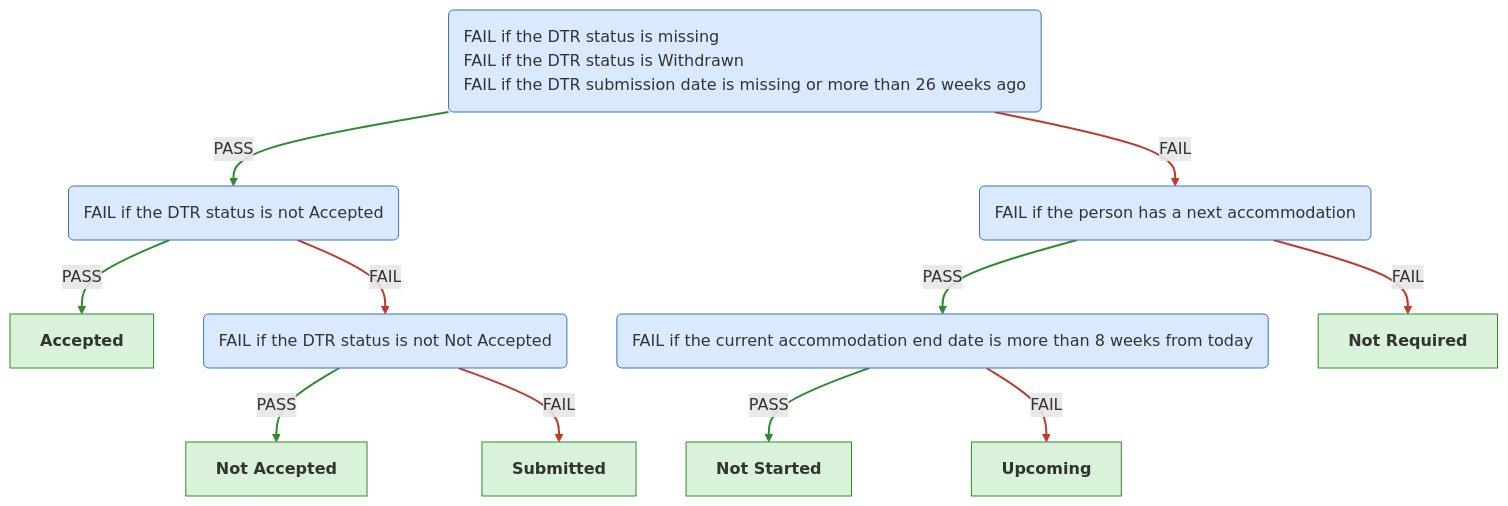
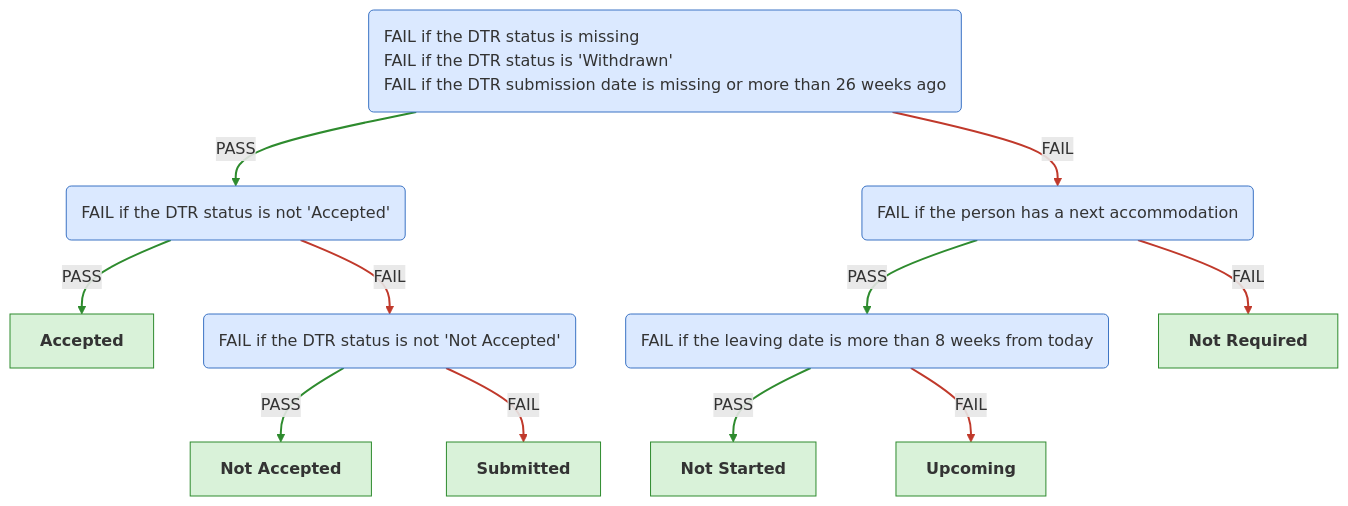
Before and after one commit to ministryofjustice/hmpps-single-accommodation-service-api: the fifth of 6 diagrams in docs/eligibility-rules-graph.md, drawn with Mermaid. The commit also changed other lines of this file and 260 other files, not shown here.

Commit message:
chore/SAS-1544-Review-FAIL-and-PASS-text-and-file-naming-for-rules-engine

````diff
--- a/docs/eligibility-rules-graph.md
+++ b/docs/eligibility-rules-graph.md
@@ -709,34 +709,34 @@
 ```mermaid
 %%{init: {"flowchart": {"wrappingWidth": 800}}}%%
 flowchart TD
-  PASS_if_the_DTR_status_is_present_and_not_Withdrawn__and_the_DTR_was_submitted_in_the_last_26_weeks("<div style='text-align:left'>FAIL if the DTR status is missing
-FAIL if the DTR status is Withdrawn
+  PASS_if_the_DTR_is_relevant("<div style='text-align:left'>FAIL if the DTR status is missing
+FAIL if the DTR status is 'Withdrawn'
 FAIL if the DTR submission date is missing or more than 26 weeks ago</div>")
-  PASS_if_the_DTR_status_is_Accepted("<div style='text-align:left'>FAIL if the DTR status is not Accepted</div>")
+  PASS_if_the_DTR_status_is__Accepted_("<div style='text-align:left'>FAIL if the DTR status is not 'Accepted'</div>")
   DTR_ACCEPTED["<b>Accepted</b>"]
-  PASS_if_the_DTR_status_is_Not_Accepted("<div style='text-align:left'>FAIL if the DTR status is not Not Accepted</div>")
+  PASS_if_the_DTR_status_is__Not_Accepted_("<div style='text-align:left'>FAIL if the DTR status is not 'Not Accepted'</div>")
   DTR_NOT_ACCEPTED["<b>Not Accepted</b>"]
   DTR_SUBMITTED["<b>Submitted</b>"]
   PASS_if_the_person_has_no_next_accommodation("<div style='text-align:left'>FAIL if the person has a next accommodation</div>")
-  PASS_if_the_current_accommodation_end_date_is_missing_or_within_8_weeks_of_today("<div style='text-align:left'>FAIL if the current accommodation end date is more than 8 weeks from today</div>")
+  PASS_if_the_leaving_date_is_missing_or_within_8_weeks_of_today("<div style='text-align:left'>FAIL if the leaving date is more than 8 weeks from today</div>")
   DTR_NOT_STARTED["<b>Not Started</b>"]
   outcome_DtrUpcomingContextUpdater["<b>Upcoming</b>"]
   DTR_NOT_REQUIRED["<b>Not Required</b>"]
-  PASS_if_the_DTR_status_is_Accepted -->|PASS| DTR_ACCEPTED
-  PASS_if_the_DTR_status_is_Not_Accepted -->|PASS| DTR_NOT_ACCEPTED
-  PASS_if_the_DTR_status_is_Not_Accepted -->|FAIL| DTR_SUBMITTED
-  PASS_if_the_DTR_status_is_Accepted -->|FAIL| PASS_if_the_DTR_status_is_Not_Accepted
-  PASS_if_the_DTR_status_is_present_and_not_Withdrawn__and_the_DTR_was_submitted_in_the_last_26_weeks -->|PASS| PASS_if_the_DTR_status_is_Accepted
-  PASS_if_the_current_accommodation_end_date_is_missing_or_within_8_weeks_of_today -->|PASS| DTR_NOT_STARTED
-  PASS_if_the_current_accommodation_end_date_is_missing_or_within_8_weeks_of_today -->|FAIL| outcome_DtrUpcomingContextUpdater
-  PASS_if_the_person_has_no_next_accommodation -->|PASS| PASS_if_the_current_accommodation_end_date_is_missing_or_within_8_weeks_of_today
+  PASS_if_the_DTR_status_is__Accepted_ -->|PASS| DTR_ACCEPTED
+  PASS_if_the_DTR_status_is__Not_Accepted_ -->|PASS| DTR_NOT_ACCEPTED
+  PASS_if_the_DTR_status_is__Not_Accepted_ -->|FAIL| DTR_SUBMITTED
+  PASS_if_the_DTR_status_is__Accepted_ -->|FAIL| PASS_if_the_DTR_status_is__Not_Accepted_
+  PASS_if_the_DTR_is_relevant -->|PASS| PASS_if_the_DTR_status_is__Accepted_
+  PASS_if_the_leaving_date_is_missing_or_within_8_weeks_of_today -->|PASS| DTR_NOT_STARTED
+  PASS_if_the_leaving_date_is_missing_or_within_8_weeks_of_today -->|FAIL| outcome_DtrUpcomingContextUpdater
+  PASS_if_the_person_has_no_next_accommodation -->|PASS| PASS_if_the_leaving_date_is_missing_or_within_8_weeks_of_today
   PASS_if_the_person_has_no_next_accommodation -->|FAIL| DTR_NOT_REQUIRED
-  PASS_if_the_DTR_status_is_present_and_not_Withdrawn__and_the_DTR_was_submitted_in_the_last_26_weeks -->|FAIL| PASS_if_the_person_has_no_next_accommodation
+  PASS_if_the_DTR_is_relevant -->|FAIL| PASS_if_the_person_has_no_next_accommodation
   linkStyle 0,1,4,5,7 stroke:#2e8b2e,stroke-width:2px
   linkStyle 2,3,6,8,9 stroke:#c0392b,stroke-width:2px
   classDef ruleSetNode fill:#dbe9ff,stroke:#3b73c4,color:#333
   classDef outcomeNode fill:#d9f2d9,stroke:#2e8b2e,color:#333
   classDef updaterNode fill:#fff2cc,stroke:#c99a00,color:#333
-  class PASS_if_the_DTR_status_is_present_and_not_Withdrawn__and_the_DTR_was_submitted_in_the_last_26_weeks,PASS_if_the_DTR_status_is_Accepted,PASS_if_the_DTR_status_is_Not_Accepted,PASS_if_the_person_has_no_next_accommodation,PASS_if_the_current_accommodation_end_date_is_missing_or_within_8_weeks_of_today ruleSetNode
+  class PASS_if_the_DTR_is_relevant,PASS_if_the_DTR_status_is__Accepted_,PASS_if_the_DTR_status_is__Not_Accepted_,PASS_if_the_person_has_no_next_accommodation,PASS_if_the_leaving_date_is_missing_or_within_8_weeks_of_today ruleSetNode
   class DTR_ACCEPTED,DTR_NOT_ACCEPTED,DTR_SUBMITTED,DTR_NOT_STARTED,outcome_DtrUpcomingContextUpdater,DTR_NOT_REQUIRED outcomeNode
 ```
````
